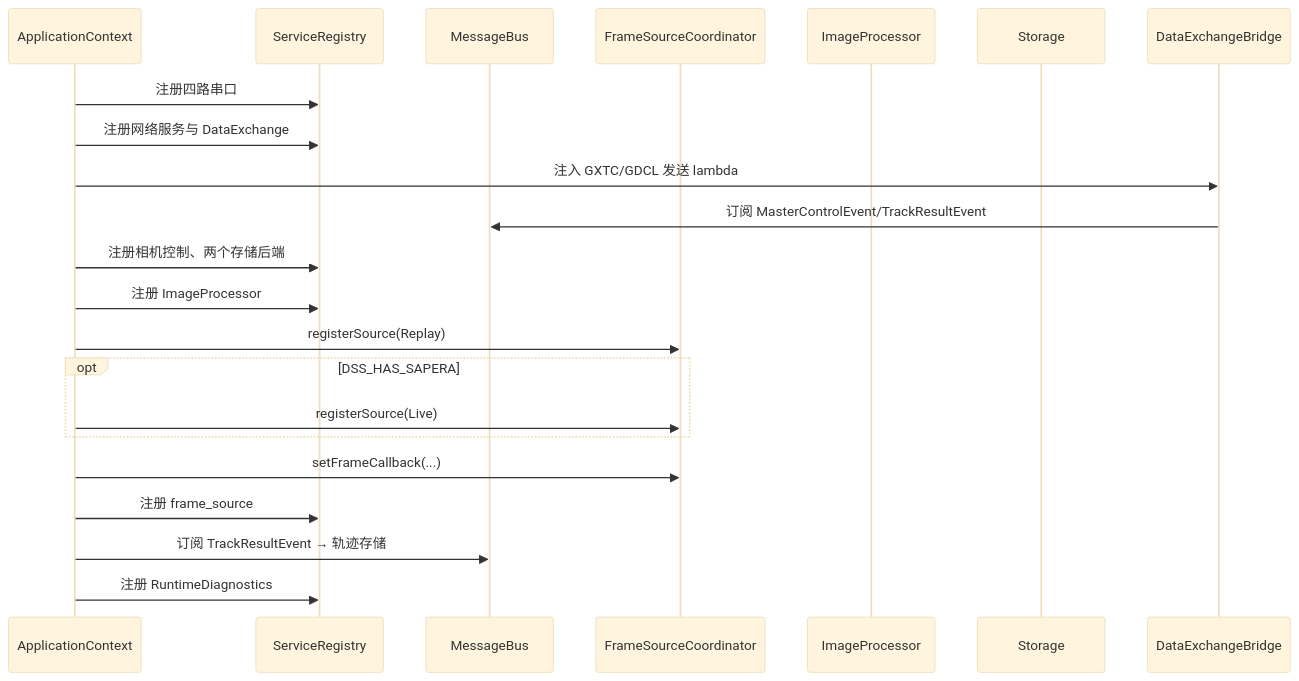
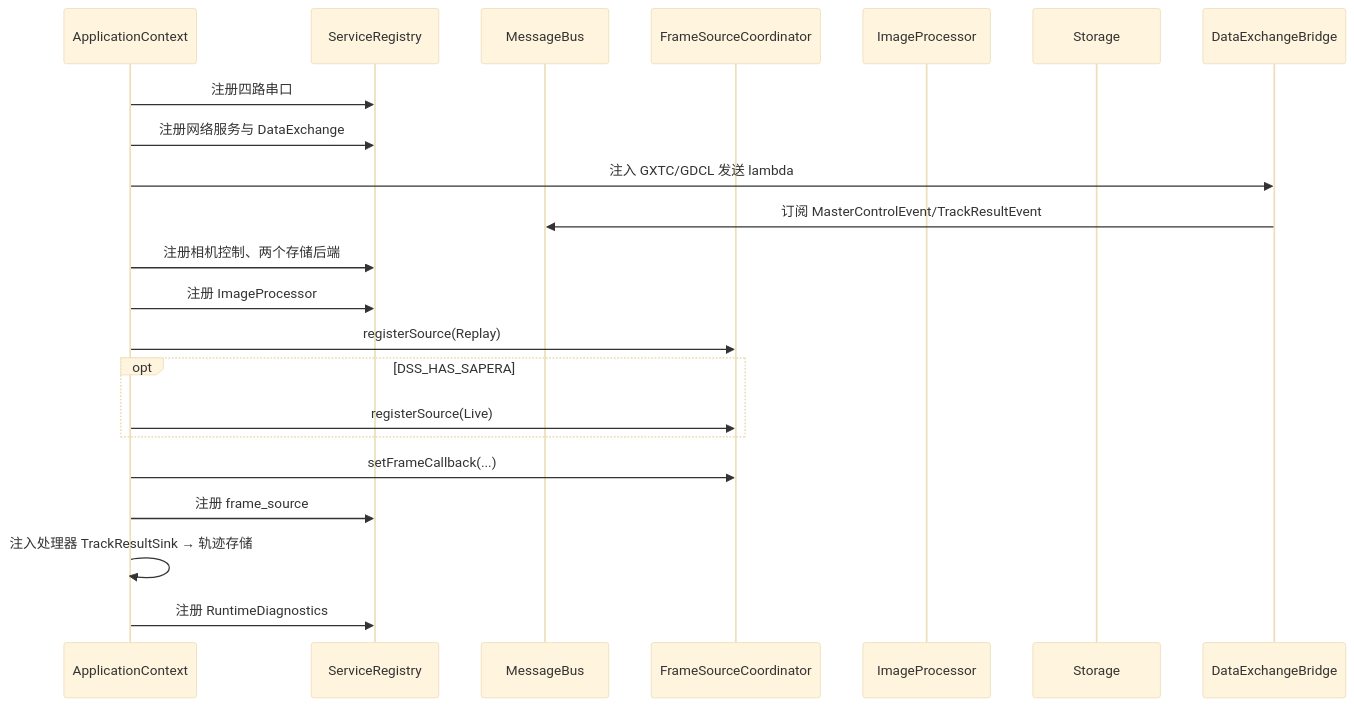
The third of 6 diagrams in docs/module-app.md (with-fair-wind/1mZGG), drawn with Mermaid (base theme) before and after one commit. The commit also changed other lines of this file and 27 other files, not shown here.

````diff
--- a/docs/module-app.md
+++ b/docs/module-app.md
@@ -190,25 +190,25 @@
 ```mermaid
 sequenceDiagram
     participant Ctx as ApplicationContext
     participant Reg as ServiceRegistry
     participant Bus as MessageBus
     participant Coord as FrameSourceCoordinator
     participant Processor as ImageProcessor
     participant Store as Storage
     participant Bridge as DataExchangeBridge
 
     Ctx->>Reg: 注册四路串口
     Ctx->>Reg: 注册网络服务与 DataExchange
     Ctx->>Bridge: 注入 GXTC/GDCL 发送 lambda
     Bridge->>Bus: 订阅 MasterControlEvent/TrackResultEvent
     Ctx->>Reg: 注册相机控制、两个存储后端
     Ctx->>Reg: 注册 ImageProcessor
     Ctx->>Coord: registerSource(Replay)
     opt DSS_HAS_SAPERA
         Ctx->>Coord: registerSource(Live)
     end
     Ctx->>Coord: setFrameCallback(...)
     Ctx->>Reg: 注册 frame_source
-    Ctx->>Bus: 订阅 TrackResultEvent → 轨迹存储
+    Ctx->>Ctx: 注入处理器 TrackResultSink → 轨迹存储
     Ctx->>Reg: 注册 RuntimeDiagnostics
 ```
````
